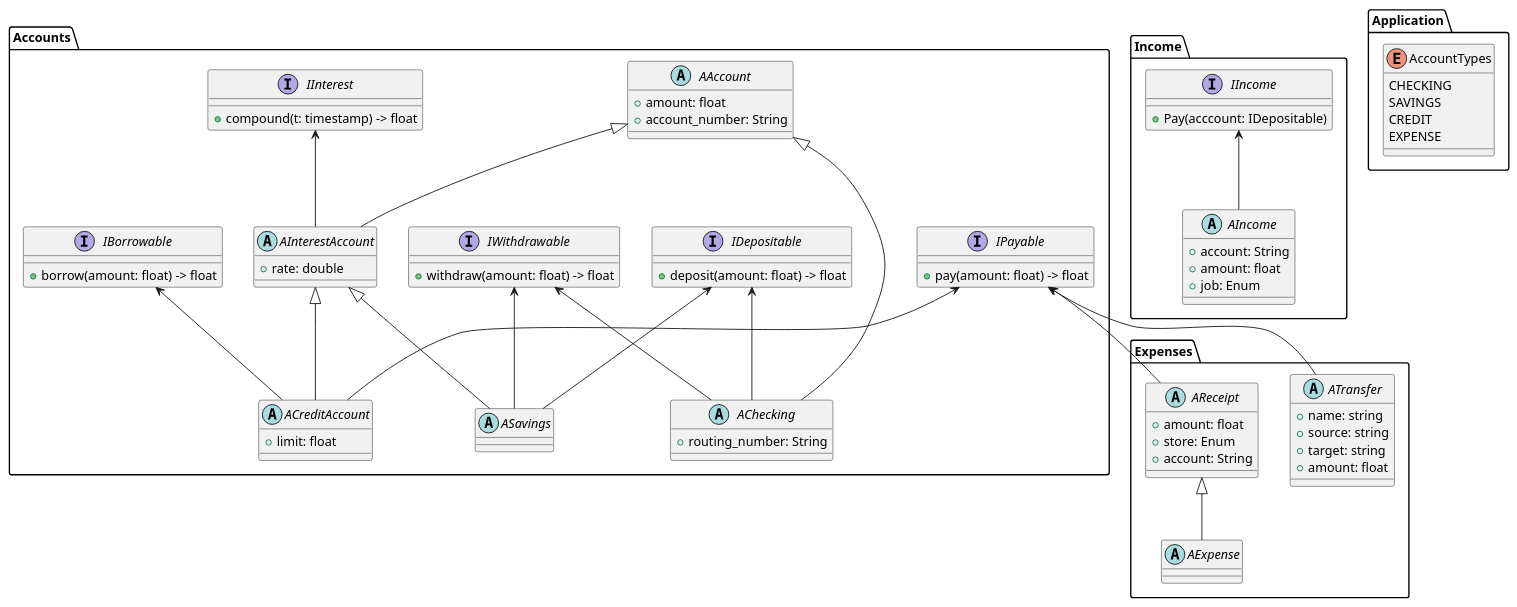
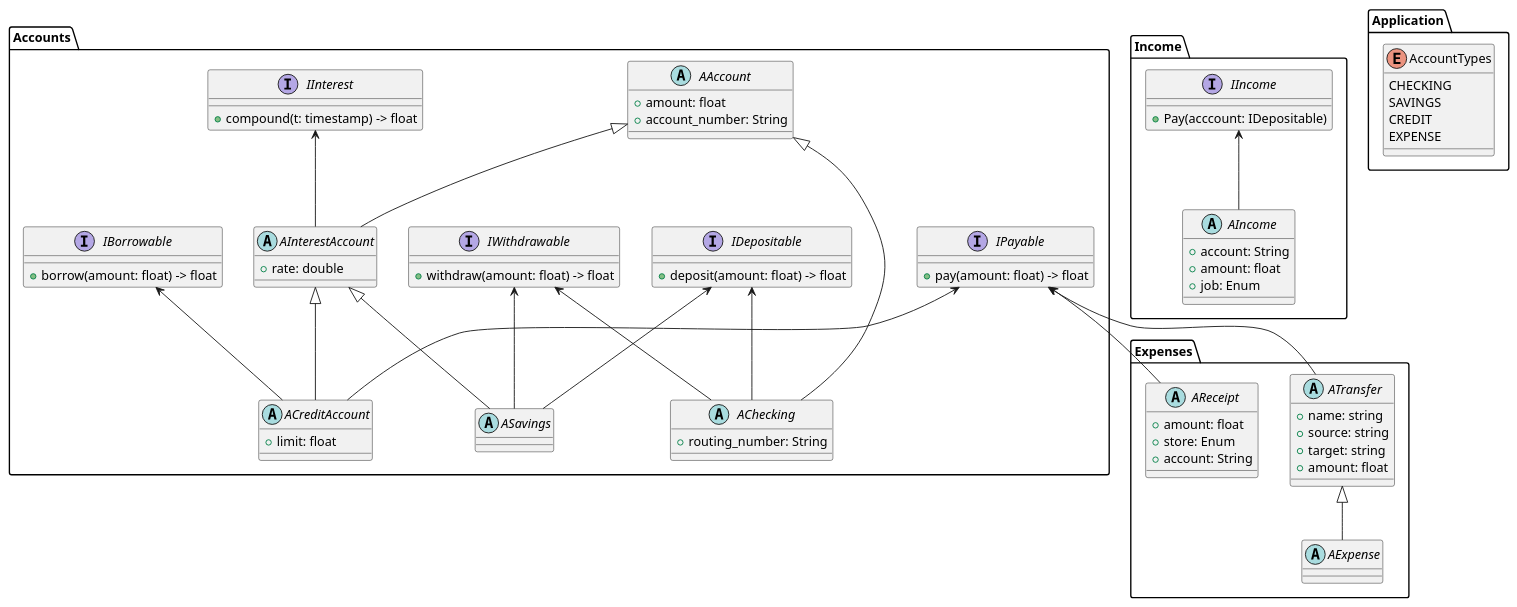
Before and after one commit to aaron-jencks/budget_LabVIEW: the diagram in object_model.puml, drawn with PlantUML. The commit also changed 14 other files, not shown here.

```diff
--- a/object_model.puml
+++ b/object_model.puml
@@ -1,104 +1,104 @@
 @startuml
 package Accounts {
     interface IDepositable {
     + deposit(amount: float) -> float
     }
 
     interface IWithdrawable {
     + withdraw(amount: float) -> float
     }
 
     interface IPayable {
     + pay(amount: float) -> float
     }
 
     interface IBorrowable {
     + borrow(amount: float) -> float
     }
 
     abstract class AAccount {
     + amount: float
     + account_number: String
     }
 
     interface IInterest {
     + compound(t: timestamp) -> float
     }
 
     abstract class AInterestAccount {
     + rate: double
     }
 
     IInterest <-- AInterestAccount
     AAccount <|-- AInterestAccount
 
     abstract class ACreditAccount {
     + limit: float
     }
 
     IBorrowable <-- ACreditAccount
     IPayable <-- ACreditAccount
     AInterestAccount <|-- ACreditAccount
 
     abstract class ASavings {
     }
 
     IDepositable <-- ASavings
     IWithdrawable <-- ASavings
     AInterestAccount <|-- ASavings
 
     abstract class AChecking {
     + routing_number: String
     }
 
     IDepositable <-- AChecking
     IWithdrawable <-- AChecking
     AAccount <|-- AChecking
 }
 
 package Expenses {
     abstract class AReceipt {
     + amount: float
     + store: Enum
     + account: String
     }
     IPayable <-- AReceipt
 
-    abstract class AExpense {
-    }
-
-    AReceipt <|-- AExpense
-
     abstract class ATransfer {
     + name: string
     + source: string
     + target: string
     + amount: float
     }
 
     IPayable <-- ATransfer
+
+    abstract class AExpense {
+    }
+
+    ATransfer <|-- AExpense
 }
 
 package Income {
     interface IIncome {
     + Pay(acccount: IDepositable)
     }
 
     abstract class AIncome {
     + account: String
     + amount: float
     + job: Enum
     }
 
     IIncome <-- AIncome
 }
 
 package Application {
     enum AccountTypes {
         CHECKING
         SAVINGS
         CREDIT
         EXPENSE
     }
 }
 @enduml
```
